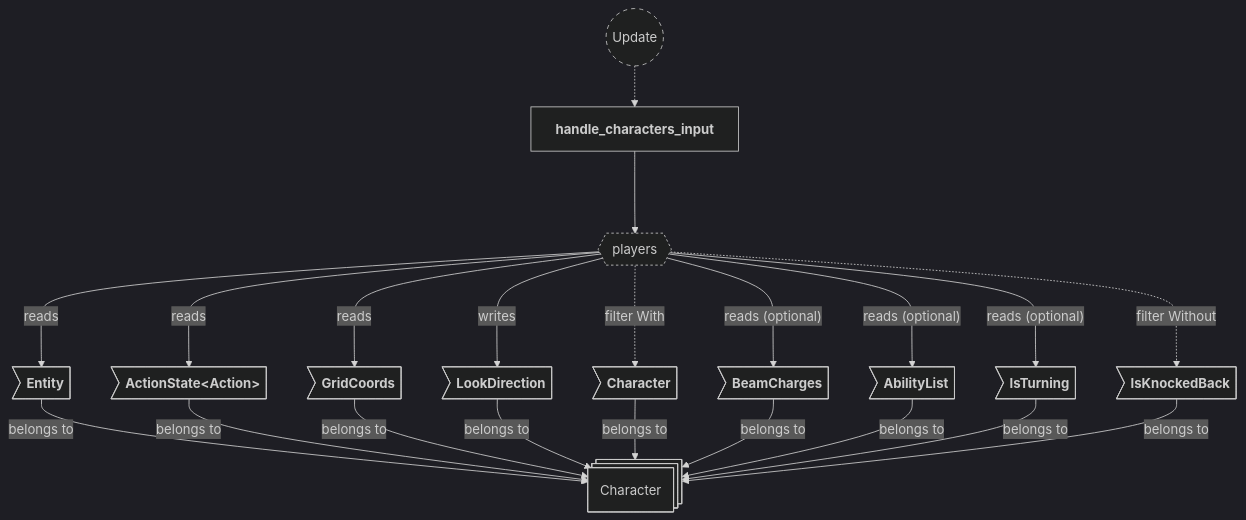
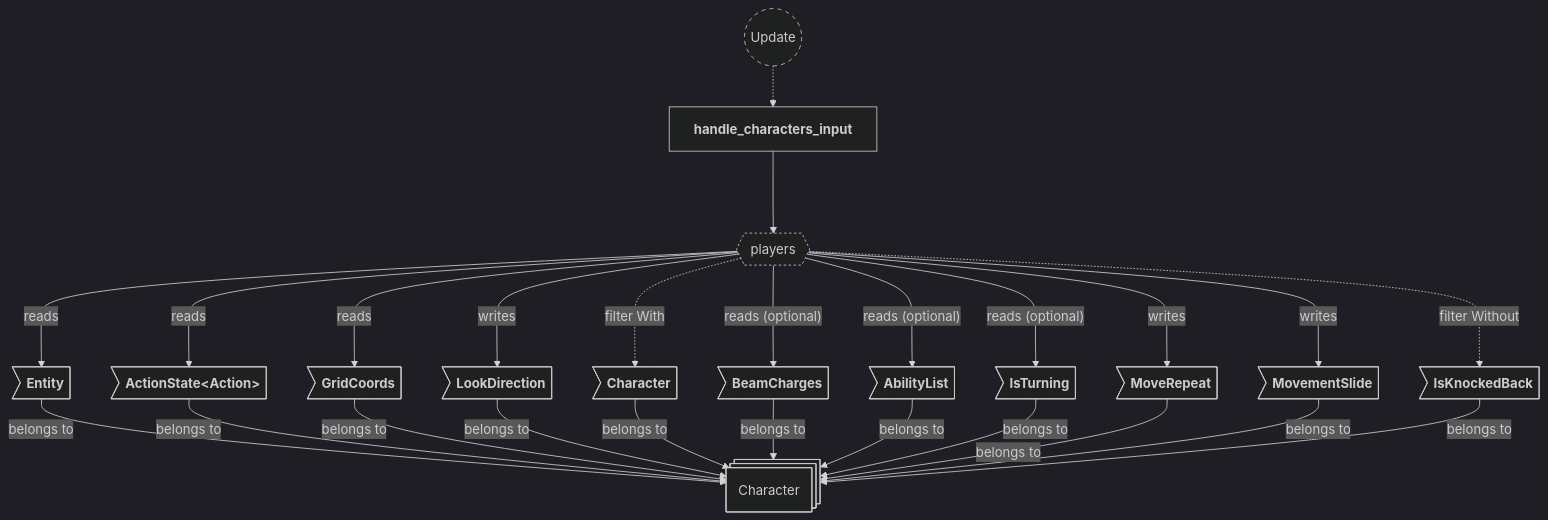
One commit to neurosoup/tyled changed the third of 8 diagrams in backlog/docs/doc-2 - 002-Input-plugin.md. Above: the diagram before and after it, drawn with Mermaid. The commit also changed other lines of this file and 16 other files, not shown here.

````diff
--- a/backlog/docs/doc-2 - 002-Input-plugin.md
+++ b/backlog/docs/doc-2 - 002-Input-plugin.md
@@ -151,40 +136,44 @@
 ```mermaid
 ---
 config:
   theme: dark
 ---
 
 flowchart TD
 classDef system-group stroke-dasharray: 5 5
 classDef query stroke-dasharray: 3 3
 
 update(("`Update`")):::system-group
 handle_characters_input["`**handle_characters_input**`"]
 
 update -.-> handle_characters_input
 
 players_query{{"`players`"}}:::query
 handle_characters_input ---> players_query
 
 character_entity@{ shape: st-rect, label: "Character" }
 
 pe_entity>"`**Entity**`"] --> |belongs to| character_entity
 pe_action_state>"`**ActionState#60;Action#62;**`"] --> |belongs to| character_entity
 pe_grid_coords>"`**GridCoords**`"] --> |belongs to| character_entity
 pe_look_direction>"`**LookDirection**`"] --> |belongs to| character_entity
 pe_character>"`**Character**`"] --> |belongs to| character_entity
 pe_beam_charges>"`**BeamCharges**`"] --> |belongs to| character_entity
 pe_ability_list>"`**AbilityList**`"] --> |belongs to| character_entity
 pe_is_turning>"`**IsTurning**`"] --> |belongs to| character_entity
+pe_move_repeat>"`**MoveRepeat**`"] --> |belongs to| character_entity
+pe_slide>"`**MovementSlide**`"] --> |belongs to| character_entity
 pe_is_knocked_back>"`**IsKnockedBack**`"] --> |belongs to| character_entity
 
 players_query ---> |reads| pe_entity
 players_query ---> |reads| pe_action_state
 players_query ---> |reads| pe_grid_coords
 players_query ---> |writes| pe_look_direction
+players_query ---> |writes| pe_move_repeat
+players_query ---> |writes| pe_slide
 players_query ---> |"reads (optional)"| pe_beam_charges
 players_query ---> |"reads (optional)"| pe_ability_list
 players_query ---> |"reads (optional)"| pe_is_turning
 players_query -..-> |filter With| pe_character
 players_query -..-> |filter Without| pe_is_knocked_back
 ```
````
